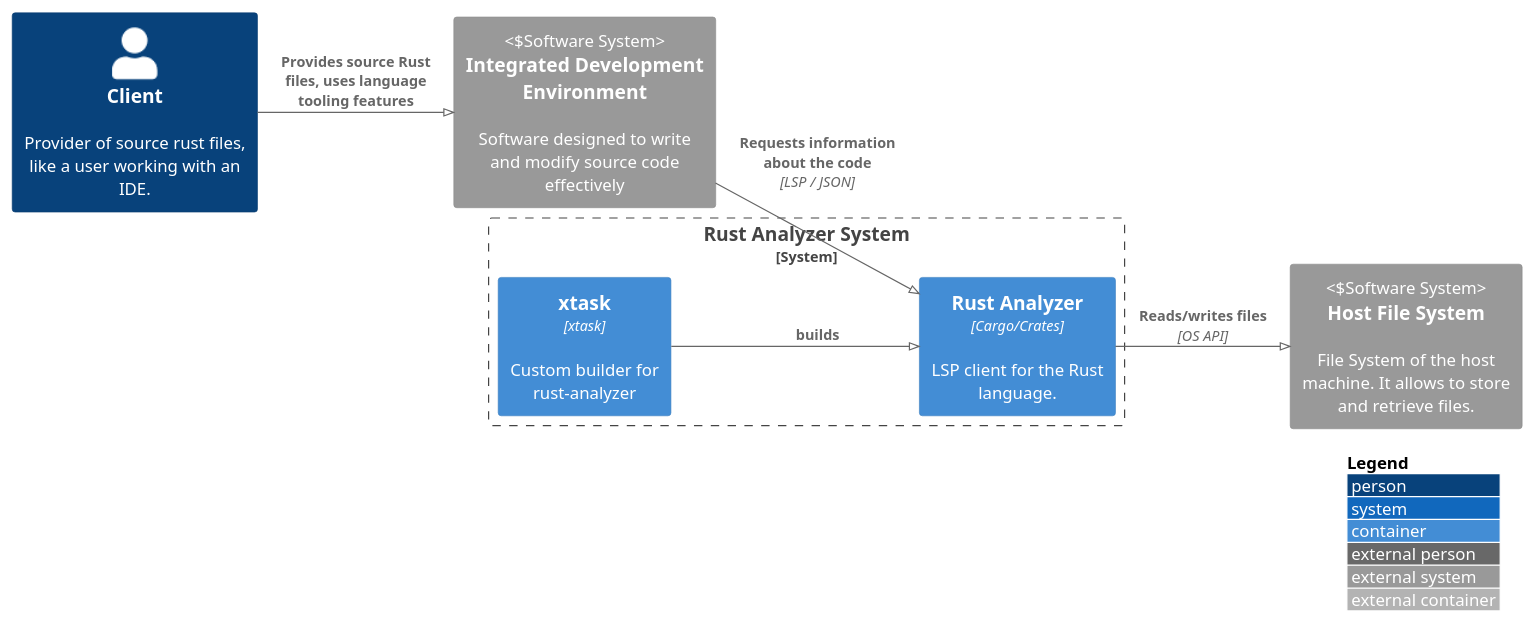
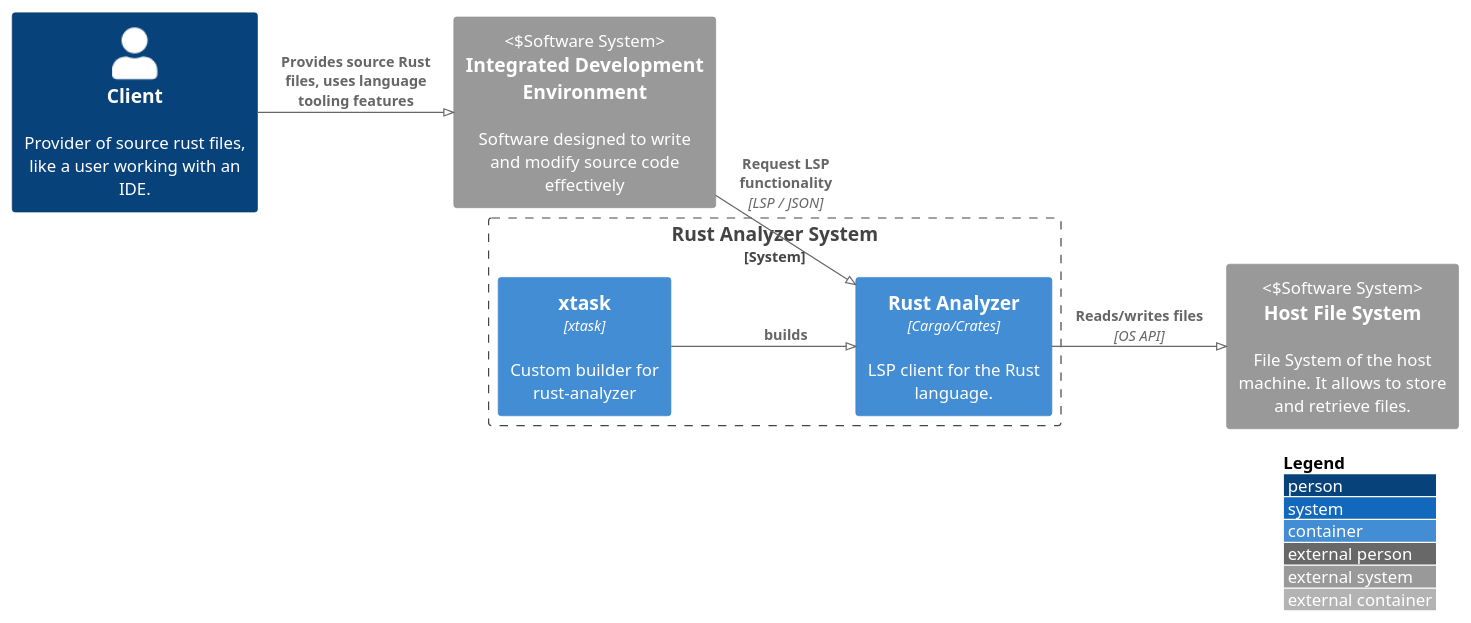
One commit to SDATeam10/Project changed the diagram in src/diagrams/architecture/container.puml. Above: the diagram before and after it, drawn with PlantUML. The commit also changed 3 other files, not shown here.

Commit message:
refactor: reworked component diagram to include new components

```diff
--- a/src/diagrams/architecture/container.puml
+++ b/src/diagrams/architecture/container.puml
@@ -1,22 +1,22 @@
 @startuml
 !pragma layout smetana
 !include https://raw.githubusercontent.com/plantuml-stdlib/C4-PlantUML/master/C4_Container.puml
 left to right direction
 
 
 LAYOUT_WITH_LEGEND()
 
 Person(client, "Client", "Provider of source rust files, like a user working with an IDE.")
 System_Ext(ide_ext, "Integrated Development Environment", "Software designed to write and modify source code effectively", "Software System")
 System_Ext(file_system, "Host File System", "File System of the host machine. It allows to store and retrieve files.", "Software System")
 
 System_Boundary(sb, "Rust Analyzer System", "SoftwareSystem"){
     Container(rustanalyzer, "Rust Analyzer", "Cargo/Crates", "LSP client for the Rust language.")
     Container(xtask, "xtask", "xtask", "Custom builder for rust-analyzer")
 }
 Rel(client, ide_ext, "Provides source Rust files, uses language tooling features")
-Rel(ide_ext, rustanalyzer, "Requests information about the code", "LSP / JSON")
+Rel(ide_ext, rustanalyzer, "Request LSP functionality", "LSP / JSON")
 Rel(rustanalyzer, file_system, "Reads/writes files", "OS API")
 Rel(xtask, rustanalyzer, "builds")
 
 @enduml
```
